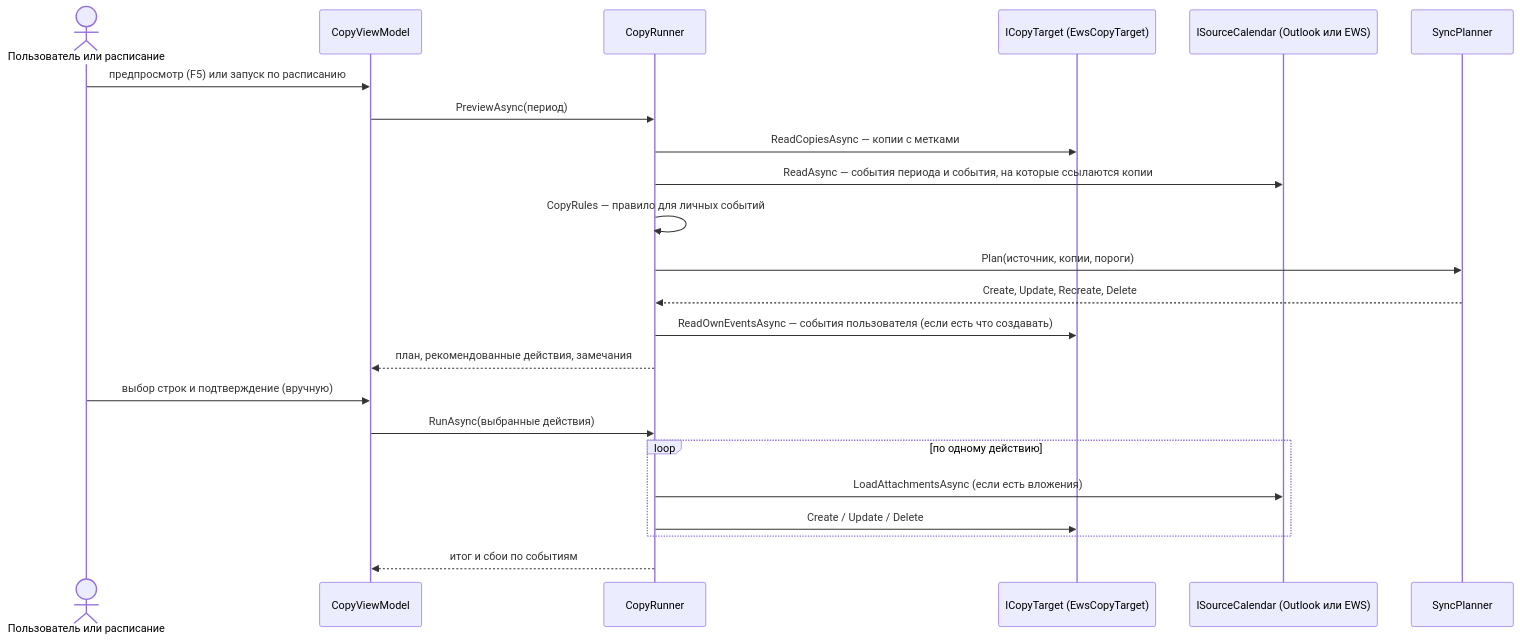
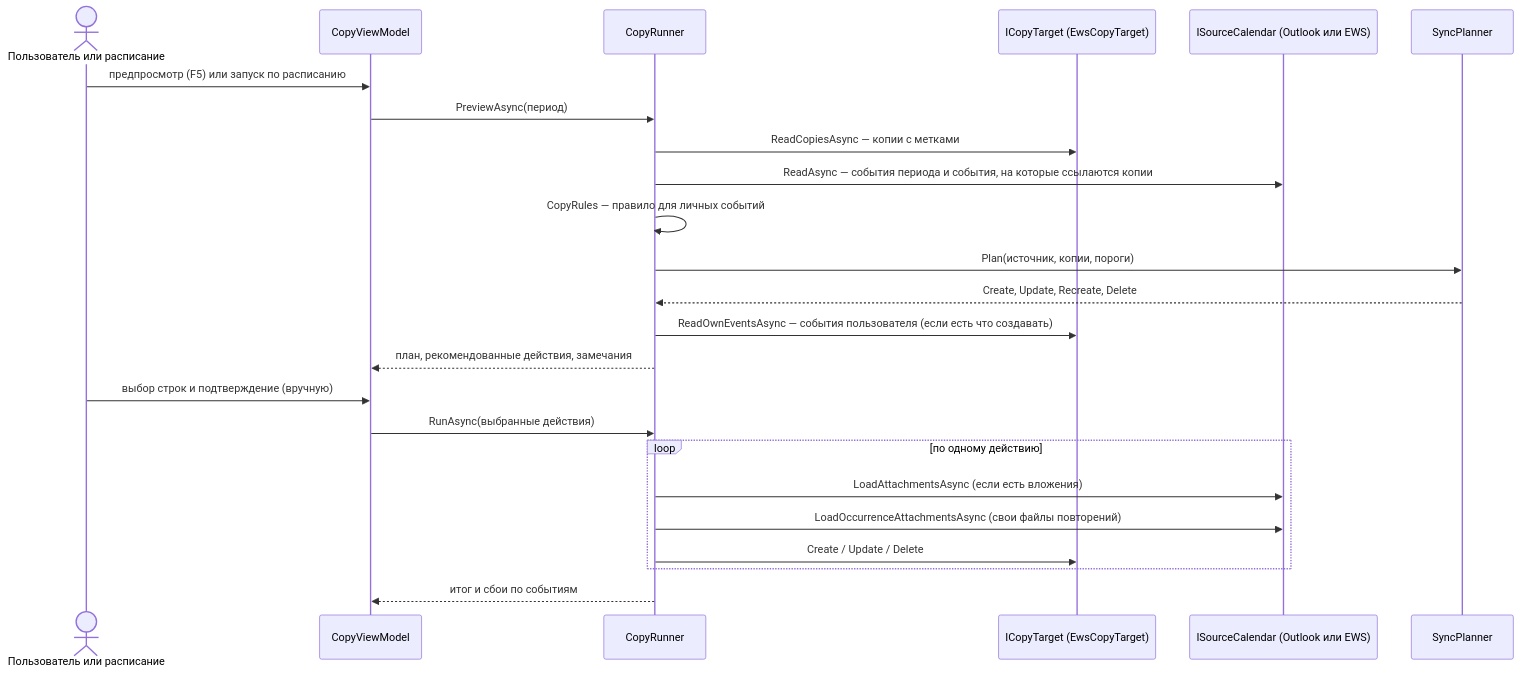
One commit to DedovMosol/iwo-Calendar-Bridge changed the third of 7 diagrams in docs/ARCHITECTURE.md. Above: the diagram before and after it, drawn with Mermaid. The commit also changed other lines of this file and 3 other files, not shown here.

````diff
--- a/docs/ARCHITECTURE.md
+++ b/docs/ARCHITECTURE.md
@@ -97,26 +97,27 @@
 ```mermaid
 sequenceDiagram
   actor U as Пользователь или расписание
   participant VM as CopyViewModel
   participant Run as CopyRunner
   participant Dst as ICopyTarget (EwsCopyTarget)
   participant Src as ISourceCalendar (Outlook или EWS)
   participant Plan as SyncPlanner
 
   U->>VM: предпросмотр (F5) или запуск по расписанию
   VM->>Run: PreviewAsync(период)
   Run->>Dst: ReadCopiesAsync — копии с метками
   Run->>Src: ReadAsync — события периода и события, на которые ссылаются копии
   Run->>Run: CopyRules — правило для личных событий
   Run->>Plan: Plan(источник, копии, пороги)
   Plan-->>Run: Create, Update, Recreate, Delete
   Run->>Dst: ReadOwnEventsAsync — события пользователя (если есть что создавать)
   Run-->>VM: план, рекомендованные действия, замечания
   U->>VM: выбор строк и подтверждение (вручную)
   VM->>Run: RunAsync(выбранные действия)
   loop по одному действию
     Run->>Src: LoadAttachmentsAsync (если есть вложения)
+    Run->>Src: LoadOccurrenceAttachmentsAsync (свои файлы повторений)
     Run->>Dst: Create / Update / Delete
   end
   Run-->>VM: итог и сбои по событиям
 ```
````
